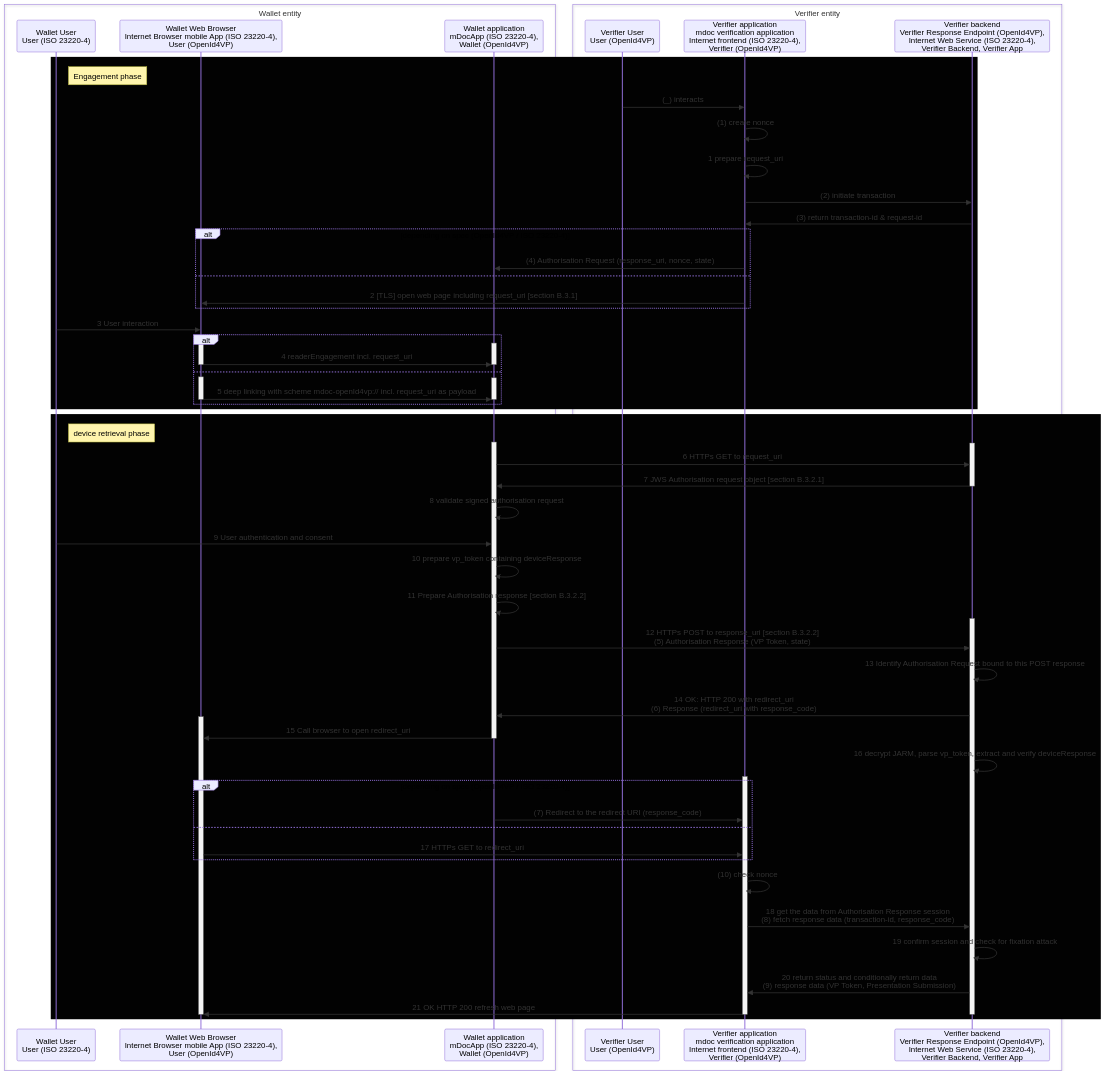
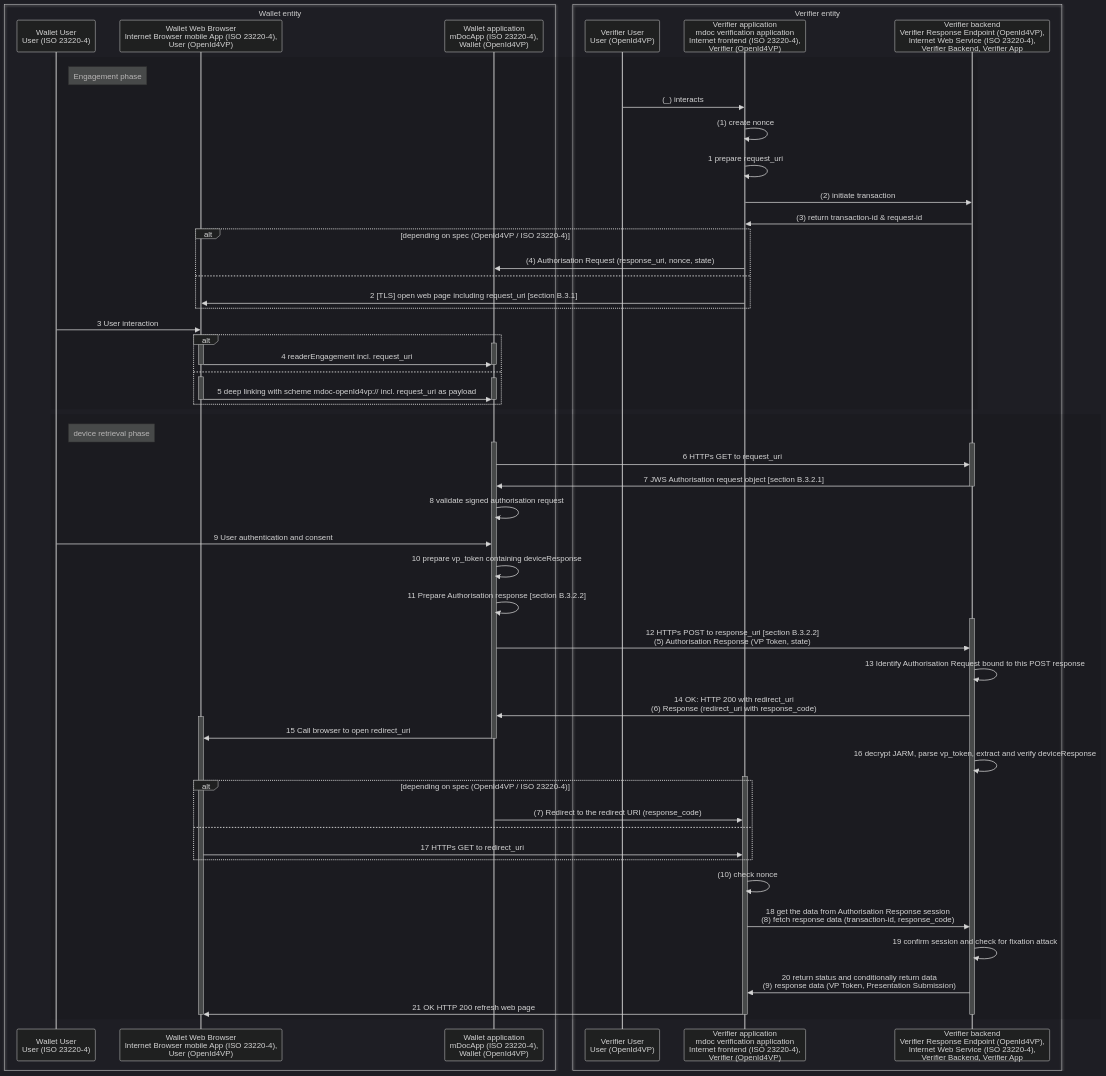
The second of 2 diagrams in intro.md (paparitsidis-nci/docroot), drawn with Mermaid before and after one commit. The commit also changed other lines of this file and 2 other files, not shown here.

Commit message:
added rect format transparent, image transparent and second page link:

````diff
--- a/intro.md
+++ b/intro.md
@@ -38,4 +41,5 @@
 ```mermaid
+%%{init: { 'theme':'dark', 'background': 'transparent', 'sequence': {'useMaxWidth':false} } }%%
 sequenceDiagram
 box Wallet entity
     participant WU as Wallet User<br/>User (ISO 23220-4)
@@ -47,9 +51,9 @@
     participant VU as Verifier User<br/>User (OpenId4VP)
     participant VE as Verifier application<br/>mdoc verification application<br/>Internet frontend (ISO 23220-4),<br/>Verifier (OpenId4VP)
     participant VB as Verifier backend<br/>Verifier Response Endpoint (OpenId4VP),<br/>Internet Web Service (ISO 23220-4),<br/>Verifier Backend, Verifier App
-end 
+end
 
-rect rgb(2, 2, 2)
+rect rgb(0,0,0,.1)
 note right of WU: Engagement phase
 
     VU ->> VE: (_) interacts
@@ -83,7 +87,7 @@
     end
 end
 
-rect rgb(2, 2, 2)
+rect rgb(0,0,0,.1)
 note right of WU: device retrieval phase
 
     activate WA
````
